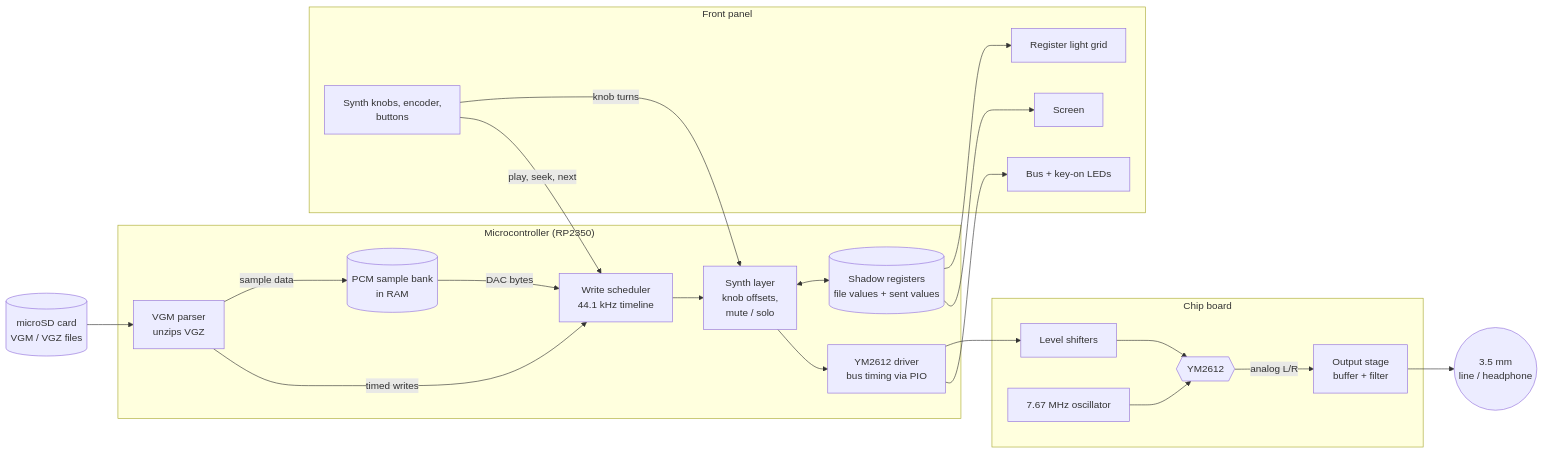
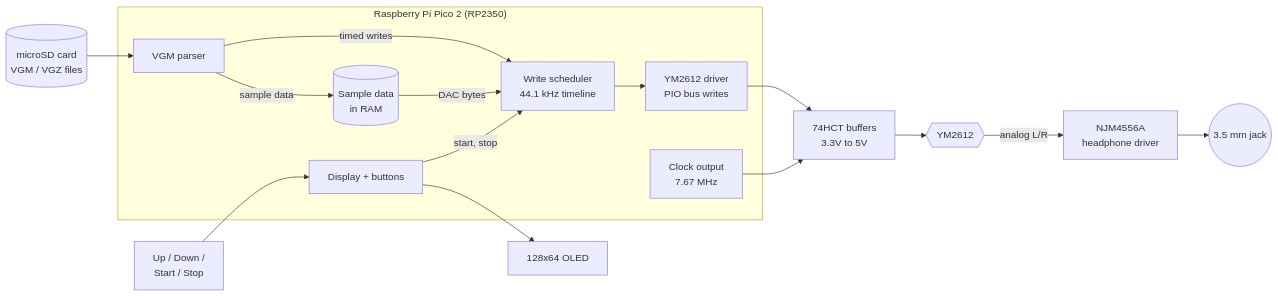
One commit to ctrlvlts-000/Vintage-Sound-Chip-Player changed the diagram in docs/DESIGN.md. Above: the diagram before and after it, drawn with Mermaid. The commit also changed other lines of this file and 1 other file, not shown here.

First line of the commit message:
Rewrite design doc for Rev A: VGM playback only

````diff
--- a/docs/DESIGN.md
+++ b/docs/DESIGN.md
@@ -58,44 +75,31 @@
 ```mermaid
 flowchart LR
     SD[(microSD card<br/>VGM / VGZ files)]
 
-    subgraph MCU["Microcontroller (RP2350)"]
-        PARSE[VGM parser<br/>unzips VGZ]
-        PCM[(PCM sample bank<br/>in RAM)]
+    subgraph PICO["Raspberry Pi Pico 2 (RP2350)"]
+        PARSE[VGM parser]
+        PCM[(Sample data<br/>in RAM)]
         SCHED[Write scheduler<br/>44.1 kHz timeline]
-        MOD[Synth layer<br/>knob offsets,<br/>mute / solo]
-        SHADOW[(Shadow registers<br/>file values + sent values)]
-        DRV[YM2612 driver<br/>bus timing via PIO]
+        DRV[YM2612 driver<br/>PIO bus writes]
+        CLKGEN[Clock output<br/>7.67 MHz]
+        UI[Display + buttons]
     end
 
-    subgraph Panel["Front panel"]
-        CTRL[Synth knobs, encoder,<br/>buttons]
-        SCREEN[Screen]
-        GRID[Register light grid]
-        BUSLED[Bus + key-on LEDs]
-    end
-
-    subgraph Chip["Chip board"]
-        BUF[Level shifters]
-        YM{{YM2612}}
-        OSC[7.67 MHz oscillator]
-        AOUT[Output stage<br/>buffer + filter]
-    end
-
-    OUT((3.5 mm<br/>line / headphone))
+    BUF[74HCT buffers<br/>3.3V to 5V]
+    YM{{YM2612}}
+    AMP[NJM4556A<br/>headphone driver]
+    JACK((3.5 mm jack))
+    OLED[128x64 OLED]
+    BTN[Up / Down /<br/>Start / Stop]
 
     SD --> PARSE
     PARSE -- "sample data" --> PCM
     PARSE -- "timed writes" --> SCHED
     PCM -- "DAC bytes" --> SCHED
-    SCHED --> MOD
-    CTRL -- "knob turns" --> MOD
-    CTRL -- "play, seek, next" --> SCHED
-    MOD <--> SHADOW
-    MOD --> DRV --> BUF --> YM
-    OSC --> YM
-    YM -- "analog L/R" --> AOUT --> OUT
-    SHADOW --> GRID
-    SHADOW --> SCREEN
-    DRV --> BUSLED
+    SCHED --> DRV --> BUF --> YM
+    CLKGEN --> BUF
+    YM -- "analog L/R" --> AMP --> JACK
+    BTN --> UI
+    UI --> OLED
+    UI -- "start, stop" --> SCHED
 ```
````
